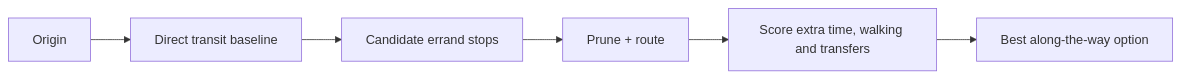
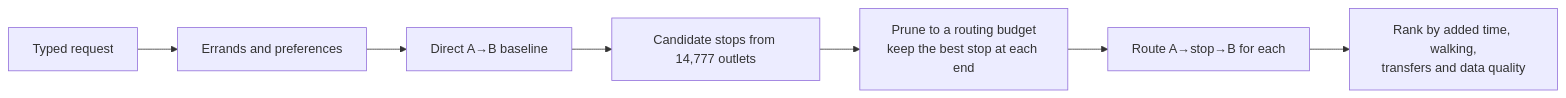
One commit to wenhaoyay/along-sg changed the diagram in README.md. Above: the diagram before and after it, drawn with Mermaid. The commit also changed other lines of this file and 52 other files, not shown here.

````diff
--- a/README.md
+++ b/README.md
@@ -27,8 +24,9 @@
 ```mermaid
 flowchart LR
-    A[Origin] --> B[Direct transit baseline]
-    B --> C[Candidate errand stops]
-    C --> D[Prune + route]
-    D --> E[Score extra time, walking and transfers]
-    E --> F[Best along-the-way option]
+    A[Typed request] --> B[Errands and preferences]
+    B --> C[Direct A→B baseline]
+    C --> D[Candidate stops from 14,777 outlets]
+    D --> E[Prune to a routing budget<br/>keep the best stop at each end]
+    E --> F[Route A→stop→B for each]
+    F --> G[Rank by added time, walking,<br/>transfers and data quality]
 ```
````
